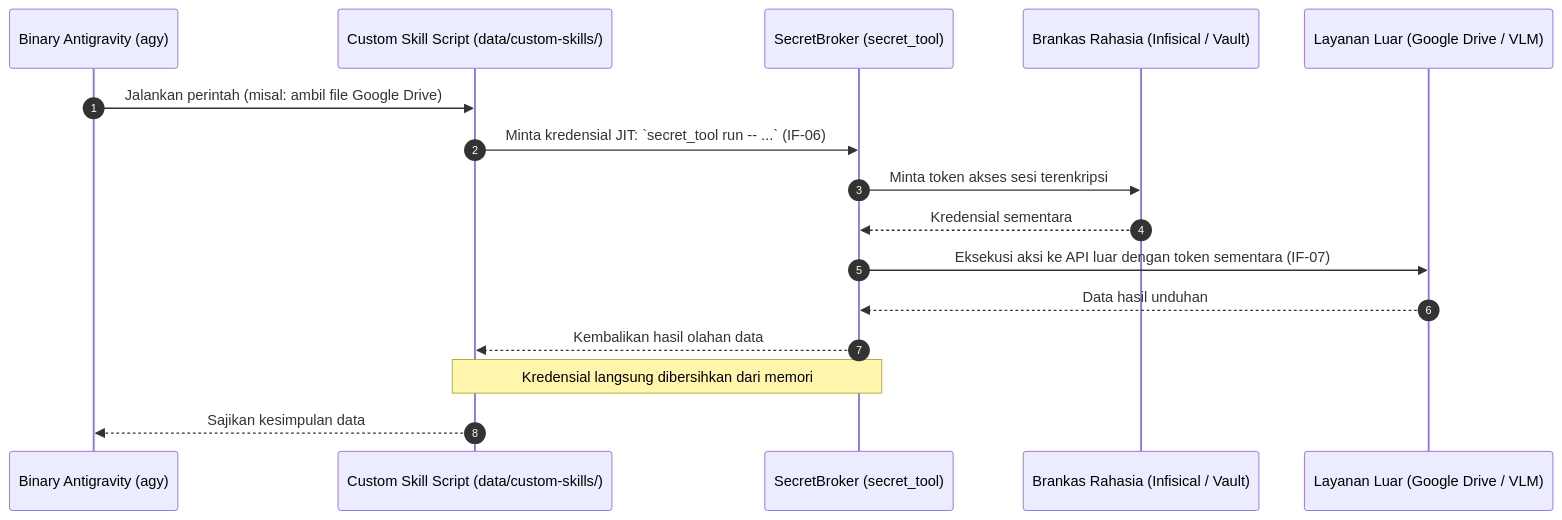
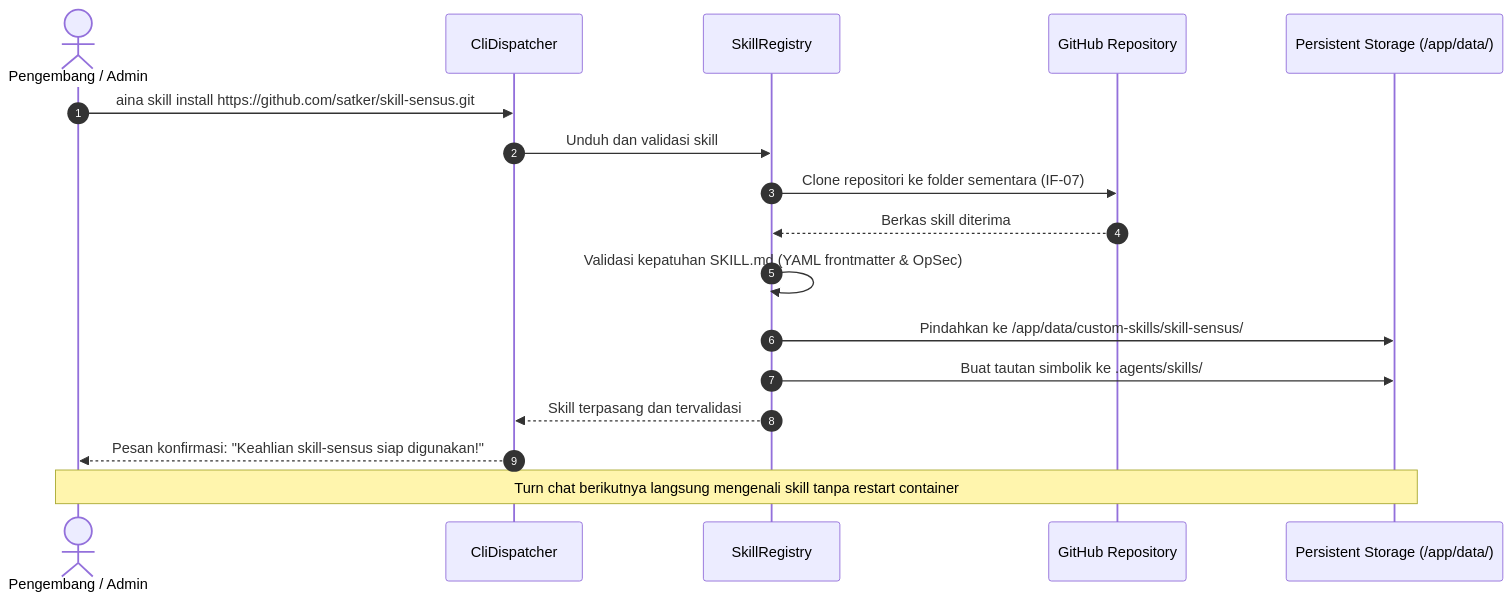
One commit to ipds6104/aina changed the third of 5 diagrams in docs/architecture/06_runtime_view.md. Above: the diagram before and after it, drawn with Mermaid. The commit also changed other lines of this file and 11 other files, not shown here.

Commit message:
docs(arc42): update architecture documentation to baseline commit 1ee7597 with activity engine & reflection

````diff
--- a/docs/architecture/06_runtime_view.md
+++ b/docs/architecture/06_runtime_view.md
@@ -82,19 +82,20 @@
 ```mermaid
 sequenceDiagram
     autonumber
-    participant AGY as Binary Antigravity (agy)
-    participant Skill as Custom Skill Script (data/custom-skills/)
-    participant Broker as SecretBroker (secret_tool)
-    participant Vault as Brankas Rahasia (Infisical / Vault)
-    participant Cloud as Layanan Luar (Google Drive / VLM)
+    actor Admin as Pengembang / Admin
+    participant CLI as CliDispatcher
+    participant Reg as SkillRegistry
+    participant Git as GitHub Repository
+    participant FS as Persistent Storage (/app/data/)
 
-    AGY->>Skill: Jalankan perintah (misal: ambil file Google Drive)
-    Skill->>Broker: Minta kredensial JIT: `secret_tool run -- ...` (IF-06)
-    Broker->>Vault: Minta token akses sesi terenkripsi
-    Vault-->>Broker: Kredensial sementara
-    Broker->>Cloud: Eksekusi aksi ke API luar dengan token sementara (IF-07)
-    Cloud-->>Broker: Data hasil unduhan
-    Broker-->>Skill: Kembalikan hasil olahan data
-    Note over Broker,Skill: Kredensial langsung dibersihkan dari memori
-    Skill-->>AGY: Sajikan kesimpulan data
+    Admin->>CLI: aina skill install https://github.com/satker/skill-sensus.git
+    CLI->>Reg: Unduh dan validasi skill
+    Reg->>Git: Clone repositori ke folder sementara (IF-07)
+    Git-->>Reg: Berkas skill diterima
+    Reg->>Reg: Validasi kepatuhan SKILL.md (YAML frontmatter & OpSec)
+    Reg->>FS: Pindahkan ke /app/data/custom-skills/skill-sensus/
+    Reg->>FS: Buat tautan simbolik ke .agents/skills/
+    Reg-->>CLI: Skill terpasang dan tervalidasi
+    CLI-->>Admin: Pesan konfirmasi: "Keahlian skill-sensus siap digunakan!"
+    Note over Admin,FS: Turn chat berikutnya langsung mengenali skill tanpa restart container
 ```
````
